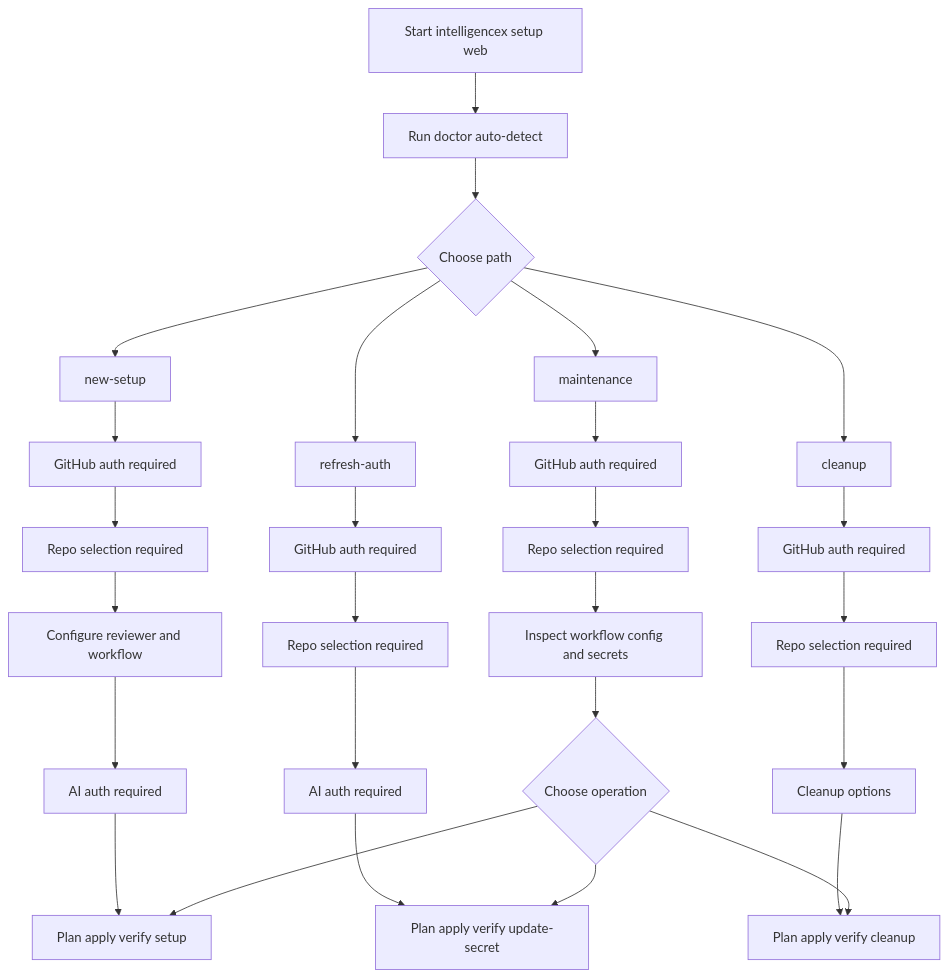
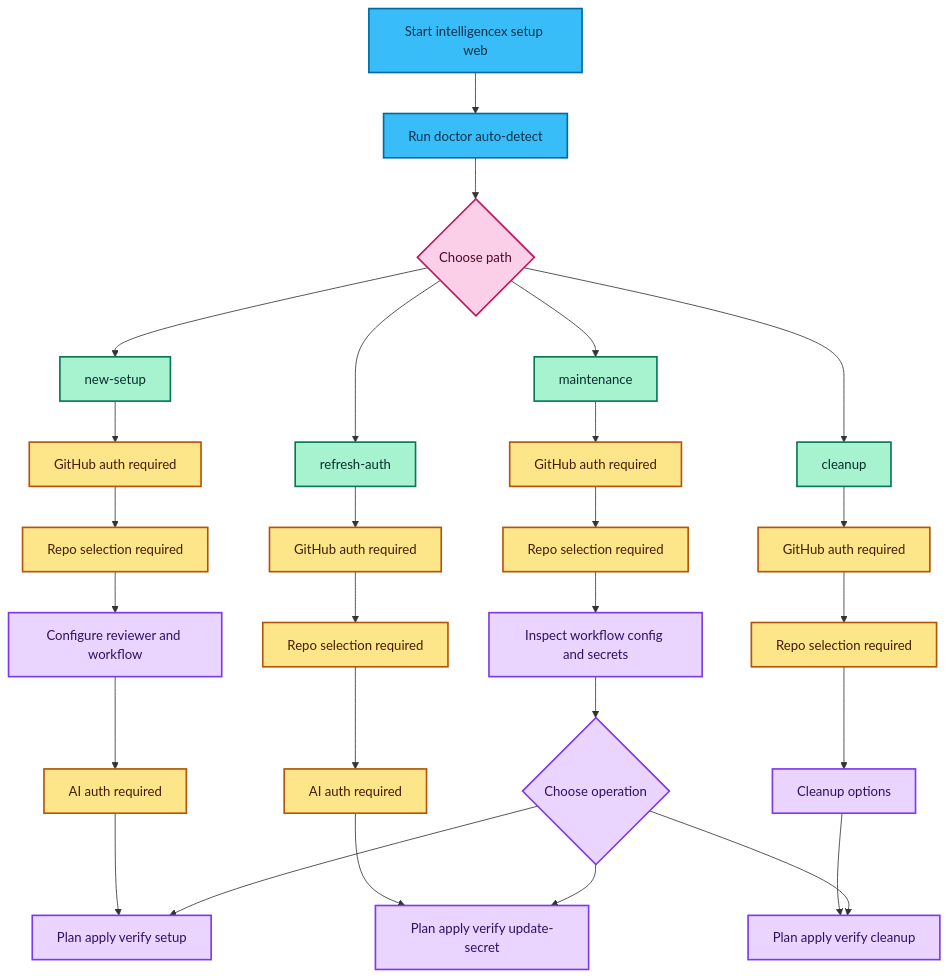
One commit to EvotecIT/IntelligenceX changed the first of 2 diagrams in Docs/reviewer/web-onboarding.md. Above: the diagram before and after it, drawn with Mermaid. The commit also changed other lines of this file and 9 other files, not shown here.

Commit message:
feat(docs): theme-aware colorful mermaid diagrams across key workflows

````diff
--- a/Docs/reviewer/web-onboarding.md
+++ b/Docs/reviewer/web-onboarding.md
@@ -18,33 +18,46 @@
 ```mermaid
 flowchart TD
+  classDef trigger fill:#38BDF8,stroke:#0369A1,color:#082F49,stroke-width:2px;
+  classDef path fill:#A7F3D0,stroke:#047857,color:#052E2B,stroke-width:2px;
+  classDef auth fill:#FDE68A,stroke:#B45309,color:#451A03,stroke-width:2px;
+  classDef apply fill:#E9D5FF,stroke:#7C3AED,color:#2E1065,stroke-width:2px;
+  classDef decision fill:#FBCFE8,stroke:#BE185D,color:#500724,stroke-width:2px;
+
   A["Start intelligencex setup web"] --> B["Run doctor auto-detect"]
   B --> C{"Choose path"}
 
   C --> D["new-setup"]
   D --> D1["GitHub auth required"]
   D1 --> D2["Repo selection required"]
   D2 --> D3["Configure reviewer and workflow"]
   D3 --> D4["AI auth required"]
   D4 --> D5["Plan apply verify setup"]
 
   C --> E["refresh-auth"]
   E --> E1["GitHub auth required"]
   E1 --> E2["Repo selection required"]
   E2 --> E3["AI auth required"]
   E3 --> E4["Plan apply verify update-secret"]
 
   C --> F["cleanup"]
   F --> F1["GitHub auth required"]
   F1 --> F2["Repo selection required"]
   F2 --> F3["Cleanup options"]
   F3 --> F4["Plan apply verify cleanup"]
 
   C --> G["maintenance"]
   G --> G1["GitHub auth required"]
   G1 --> G2["Repo selection required"]
   G2 --> G3["Inspect workflow config and secrets"]
   G3 --> G4{"Choose operation"}
   G4 --> D5
   G4 --> E4
   G4 --> F4
+
+  class A,B trigger;
+  class C decision;
+  class D,E,F,G path;
+  class D1,D2,D4,E1,E2,E3,F1,F2,G1,G2 auth;
+  class D3,E4,F3,G3,G4 apply;
+  class D5,F4 apply;
 ```
````
